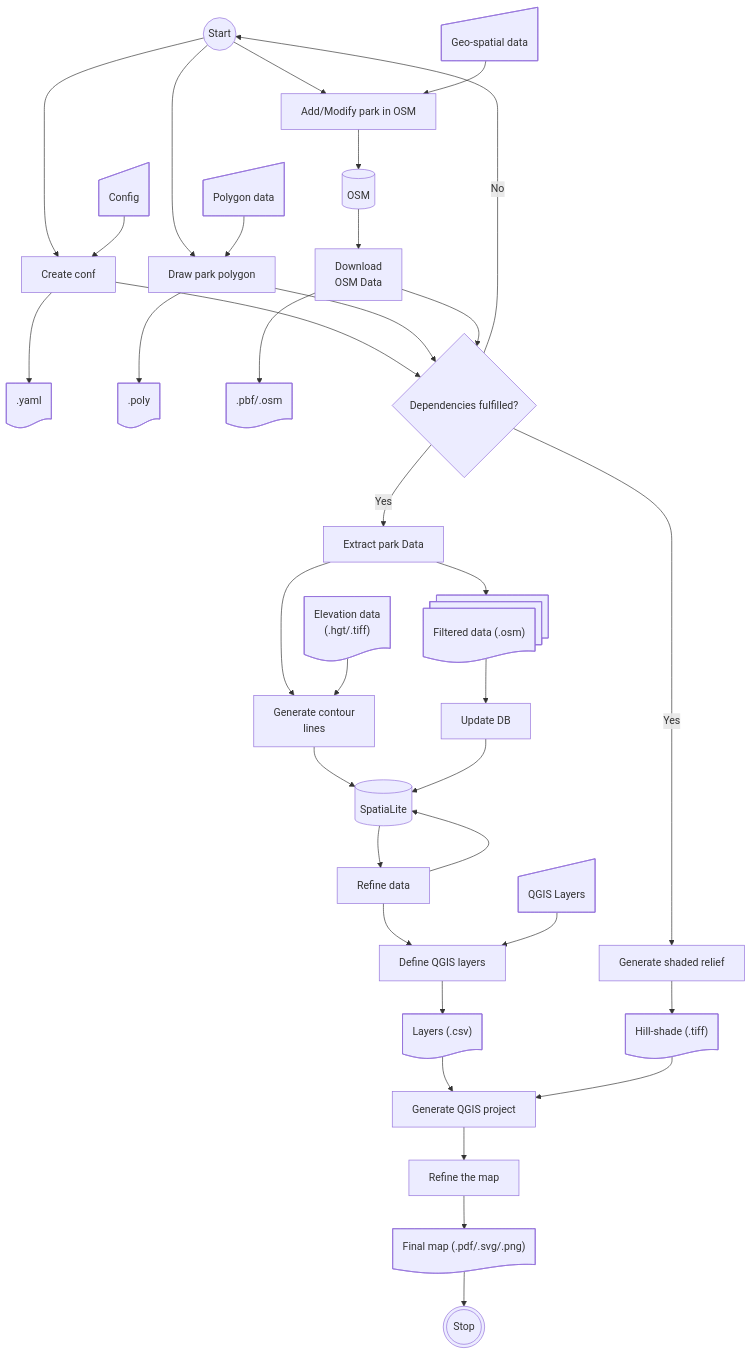
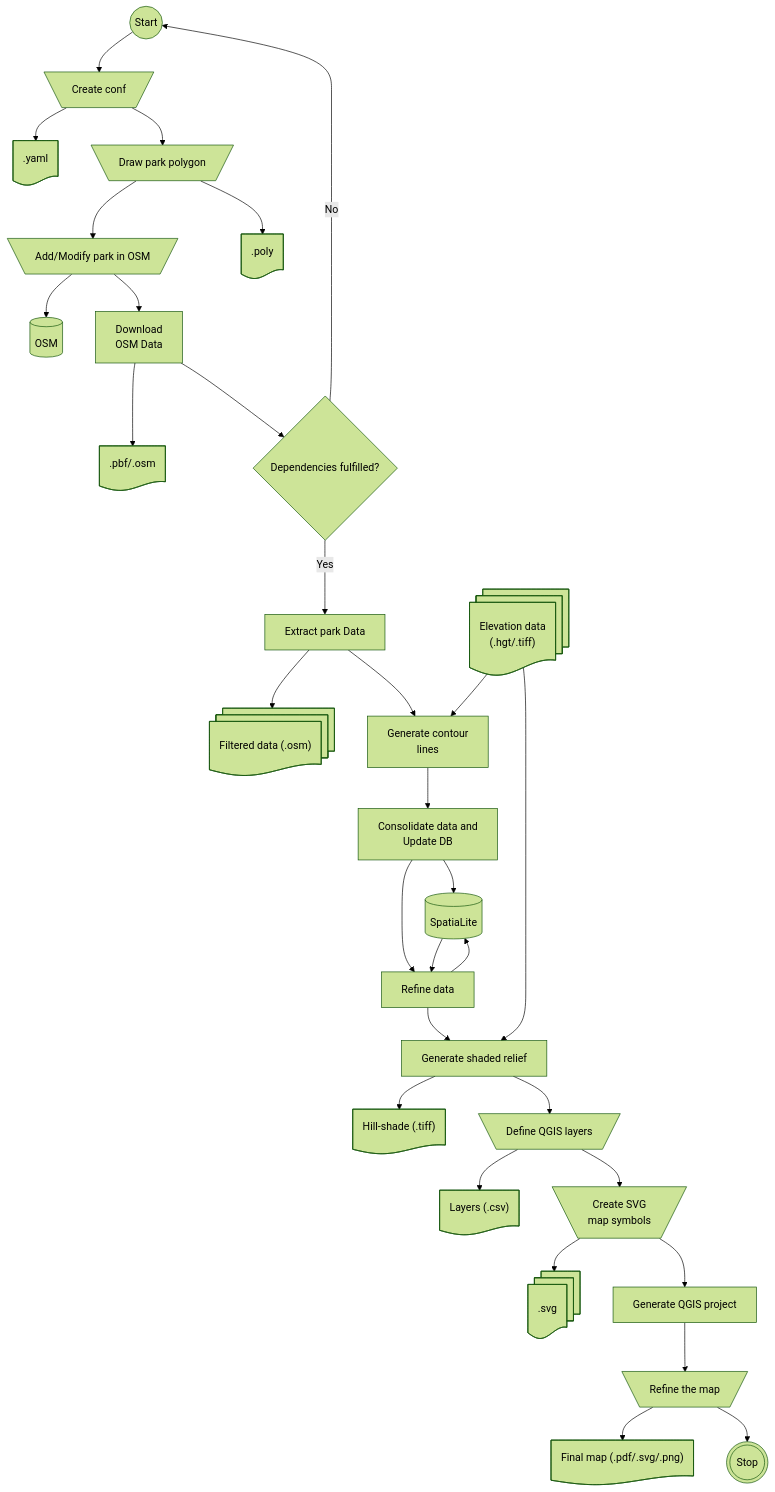
One commit to supunj/sl-np-mapping changed the diagram in README.md. Above: the diagram before and after it, drawn with Mermaid. The commit also changed other lines of this file and 5 other files, not shown here.

````diff
--- a/README.md
+++ b/README.md
@@ -47,71 +47,61 @@
 ```mermaid
+    %%{init: {'theme':'forest'}}%%
         flowchart TD
             start@{ shape: circle, label: "Start" }
-            conf_data@{ shape: manual-input, label: "Config" }
-            create_conf@{ shape: rect, label: "Create conf" }
+            create_conf@{ shape: trap-t, label: "Create conf" }
             conf_yaml@{ shape: doc, label: ".yaml" }
-            park_data@{ shape: manual-input, label: "Geo-spatial data" }
-            osm_mapping@{ shape: rect, label: "Add/Modify park in OSM" }
-            josm@{ shape: manual-input, label: "Polygon data" }
-            park_poly_create@{ shape: rect, label: "Draw park polygon" }
+            osm_mapping@{ shape: trap-t, label: "Add/Modify park in OSM" }
+            park_poly_create@{ shape: trap-t, label: "Draw park polygon" }
             park_poly@{ shape: doc, label: ".poly" }
             osm_db@{ shape: cyl, label: "OSM" }
             osm_download@{ shape: rect, label: "Download \n OSM Data" }
             osm_data@{ shape: doc, label: ".pbf/.osm" }
             extract_park_data@{ shape: rect, label: "Extract park Data" }
             filtered_osm_data@{ shape: docs, label: "Filtered data (.osm)" }
-            elevation_data@{ shape: doc, label: "Elevation data \n (.hgt/.tiff)" }
+            elevation_data@{ shape: docs, label: "Elevation data \n (.hgt/.tiff)" }
             gen_contour_lines@{ shape: rect, label: "Generate contour \n lines" }
-            update_db@{ shape: rect, label: "Update DB" }
+            update_db@{ shape: rect, label: "Consolidate data and \n Update DB" }
             spatialite@{ shape: cyl, label: "SpatiaLite" }
             refine_data@{ shape: rect, label: "Refine data" }
             generate_shaded_relief@{ shape: rect, label: "Generate shaded relief" }
             hill_shade_raster@{ shape: doc, label: "Hill-shade (.tiff)" }
-            qgis_layers@{ shape: manual-input, label: "QGIS Layers" }
-            define_qgis_layers@{ shape: rect, label: "Define QGIS layers" }
+            define_qgis_layers@{ shape: trap-t, label: "Define QGIS layers" }
             qgis_layer_definitions@{ shape: doc, label: "Layers (.csv)" }
+            create_map_symbols@{ shape: trap-t, label: "Create SVG \n map symbols" }
+            map_symbols@{ shape: docs, label: ".svg" }
             generate_qgis_project@{ shape: rect, label: "Generate QGIS project" }
-            refine_qgis_project@{ shape: rect, label: "Refine the map" }
+            refine_qgis_project@{ shape: trap-t, label: "Refine the map" }
             final_map@{ shape: doc, label: "Final map (.pdf/.svg/.png)" }
             stop@{ shape: dbl-circ, label: "Stop" }
             
             start --> create_conf
-            conf_data --> create_conf
             create_conf --> conf_yaml
-            start --> osm_mapping
-            park_data --> osm_mapping
-            start --> park_poly_create
-            josm --> park_poly_create
+            create_conf --> park_poly_create
             park_poly_create --> park_poly
+            park_poly_create --> osm_mapping            
             osm_mapping --> osm_db
-            osm_db --> osm_download
+            osm_mapping --> osm_download
             osm_download --> osm_data
-            create_conf --> dependencies{Dependencies fulfilled?}
-            park_poly_create --> dependencies{Dependencies fulfilled?}
             osm_download --> dependencies{Dependencies fulfilled?}
             dependencies --> |Yes| extract_park_data
-            dependencies --> |Yes| generate_shaded_relief
             dependencies --> |No| start
-            %%{conf_yaml --> extract_park_data}%%
-            %%{park_poly --> extract_park_data}%%
-            %%{osm_data --> extract_park_data}%%
             extract_park_data --> filtered_osm_data
-            generate_shaded_relief --> hill_shade_raster
             extract_park_data --> gen_contour_lines
+            gen_contour_lines --> update_db
             elevation_data --> gen_contour_lines
-            %%{conf_yaml --> gen_contour_lines}%%
-            %%{park_poly --> gen_contour_lines}%%
-            filtered_osm_data --> update_db
-            gen_contour_lines --> spatialite
             update_db --> spatialite
+            update_db --> refine_data
             spatialite --> refine_data
             refine_data --> spatialite
-            refine_data --> define_qgis_layers
-            qgis_layers --> define_qgis_layers
-            define_qgis_layers --> qgis_layer_definitions
-            qgis_layer_definitions --> generate_qgis_project
-            hill_shade_raster --> generate_qgis_project
+            refine_data --> generate_shaded_relief
+            elevation_data --> generate_shaded_relief
+            generate_shaded_relief --> hill_shade_raster
+            generate_shaded_relief --> define_qgis_layers
+            define_qgis_layers --> qgis_layer_definitions            
+            define_qgis_layers --> create_map_symbols
+            create_map_symbols --> map_symbols
+            create_map_symbols --> generate_qgis_project            
             generate_qgis_project --> refine_qgis_project
             refine_qgis_project --> final_map
-            final_map --> stop
+            refine_qgis_project --> stop
    ```
````
